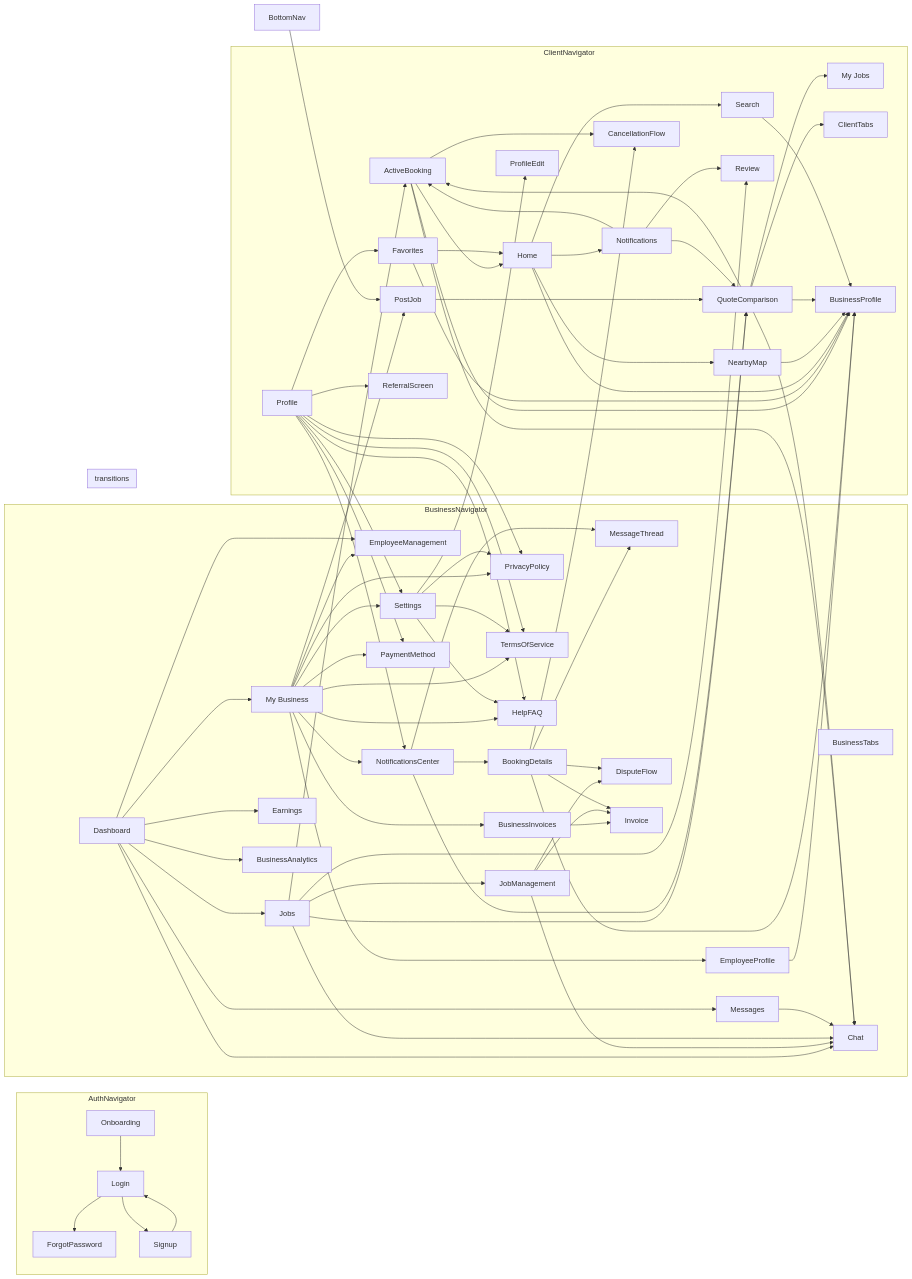
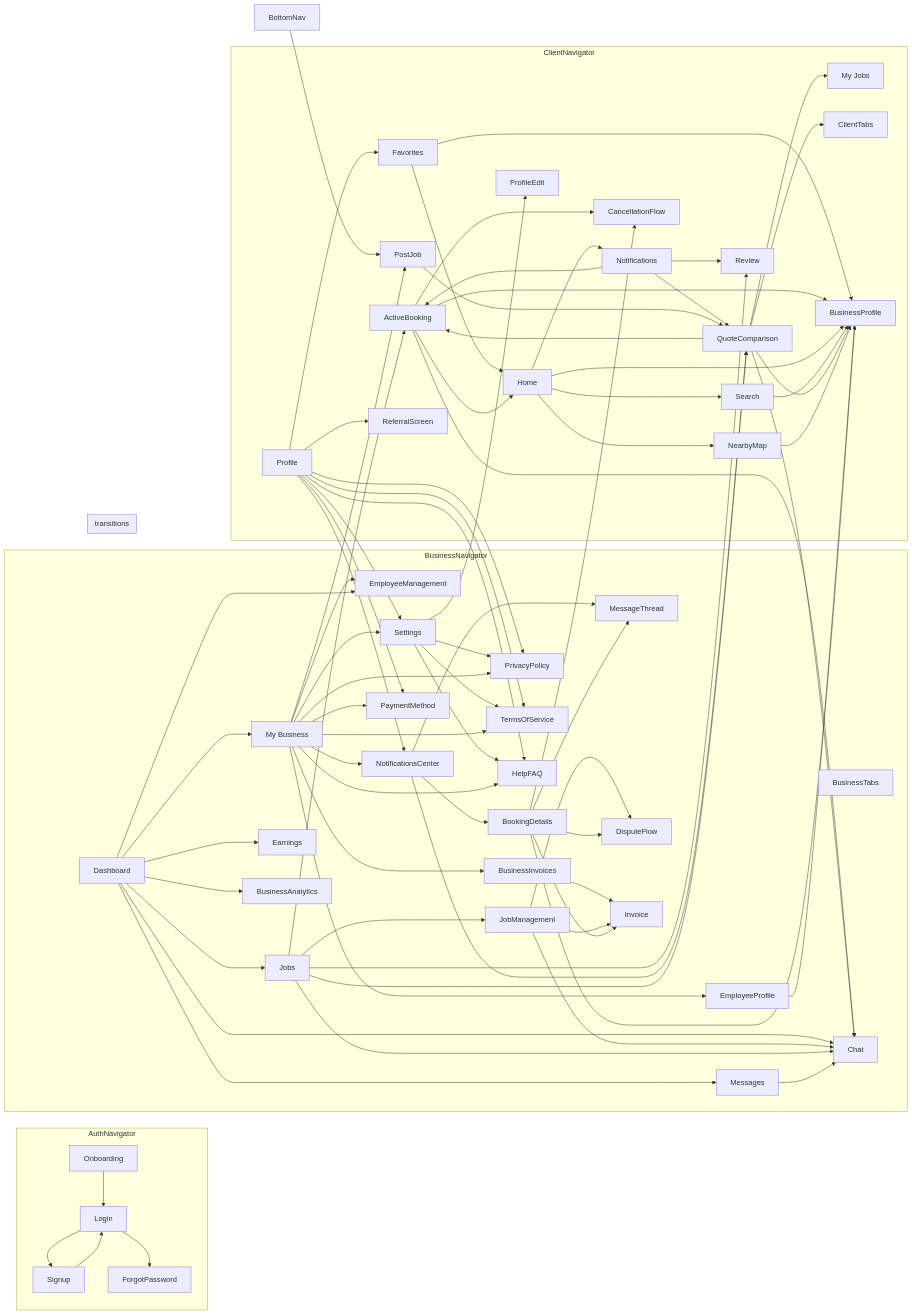
Before and after one commit to 4alkubati/SWINGBY: the diagram in docs/FLOW_GRAPH.md, drawn with Mermaid. The commit also changed other lines of this file and 23 other files, not shown here.

````diff
--- a/docs/FLOW_GRAPH.md
+++ b/docs/FLOW_GRAPH.md
@@ -72,10 +72,28 @@
   end
   subgraph transitions
   end
+  Signup --> Login
   Login --> ForgotPassword
   Login --> Signup
-  Signup --> Login
-  BusinessInvoices --> Invoice
+  Onboarding --> Login
+  Settings --> ProfileEdit
+  Settings --> PrivacyPolicy
+  Settings --> TermsOfService
+  Settings --> HelpFAQ
+  Profile --> Favorites
+  Profile --> NotificationsCenter
+  Profile --> PaymentMethod
+  Profile --> ReferralScreen
+  Profile --> Settings
+  Profile --> HelpFAQ
+  Profile --> PrivacyPolicy
+  Profile --> TermsOfService
+  Notifications --> ActiveBooking
+  Notifications --> Review
+  Notifications --> QuoteComparison
+  NotificationsCenter --> QuoteComparison
+  NotificationsCenter --> MessageThread
+  NotificationsCenter --> BookingDetails
   My_Business --> EmployeeManagement
   My_Business --> EmployeeProfile
   My_Business --> NotificationsCenter
@@ -93,21 +111,17 @@
   Dashboard --> BusinessAnalytics
   Dashboard --> EmployeeManagement
   Dashboard --> Chat
+  BusinessInvoices --> Invoice
   EmployeeProfile --> BusinessProfile
   JobManagement --> Chat
   JobManagement --> Invoice
   JobManagement --> DisputeFlow
+  Favorites --> Home
+  Favorites --> BusinessProfile
   ActiveBooking --> Home
   ActiveBooking --> BusinessProfile
   ActiveBooking --> Chat
   ActiveBooking --> CancellationFlow
-  BookingDetails --> MessageThread
-  BookingDetails --> CancellationFlow
-  BookingDetails --> BusinessProfile
-  BookingDetails --> Invoice
-  BookingDetails --> DisputeFlow
-  Favorites --> Home
-  Favorites --> BusinessProfile
   Home --> Notifications
   Home --> Search
   Home --> NearbyMap
@@ -117,33 +131,19 @@
   Jobs --> QuoteComparison
   Jobs --> Chat
   Jobs --> Review
-  NearbyMap --> BusinessProfile
-  PostJob --> QuoteComparison
+  Search --> BusinessProfile
   QuoteComparison --> ActiveBooking
   QuoteComparison --> ClientTabs
   QuoteComparison --> My_Jobs
   QuoteComparison --> BusinessProfile
   QuoteComparison --> Chat
-  Search --> BusinessProfile
+  NearbyMap --> BusinessProfile
+  PostJob --> QuoteComparison
+  BookingDetails --> MessageThread
+  BookingDetails --> CancellationFlow
+  BookingDetails --> BusinessProfile
+  BookingDetails --> Invoice
+  BookingDetails --> DisputeFlow
   Messages --> Chat
-  Onboarding --> Login
-  NotificationsCenter --> QuoteComparison
-  NotificationsCenter --> MessageThread
-  NotificationsCenter --> BookingDetails
-  Notifications --> ActiveBooking
-  Notifications --> Review
-  Notifications --> QuoteComparison
-  Profile --> Favorites
-  Profile --> NotificationsCenter
-  Profile --> PaymentMethod
-  Profile --> ReferralScreen
-  Profile --> Settings
-  Profile --> HelpFAQ
-  Profile --> PrivacyPolicy
-  Profile --> TermsOfService
-  Settings --> ProfileEdit
-  Settings --> PrivacyPolicy
-  Settings --> TermsOfService
-  Settings --> HelpFAQ
   BottomNav --> PostJob
 ```
````
